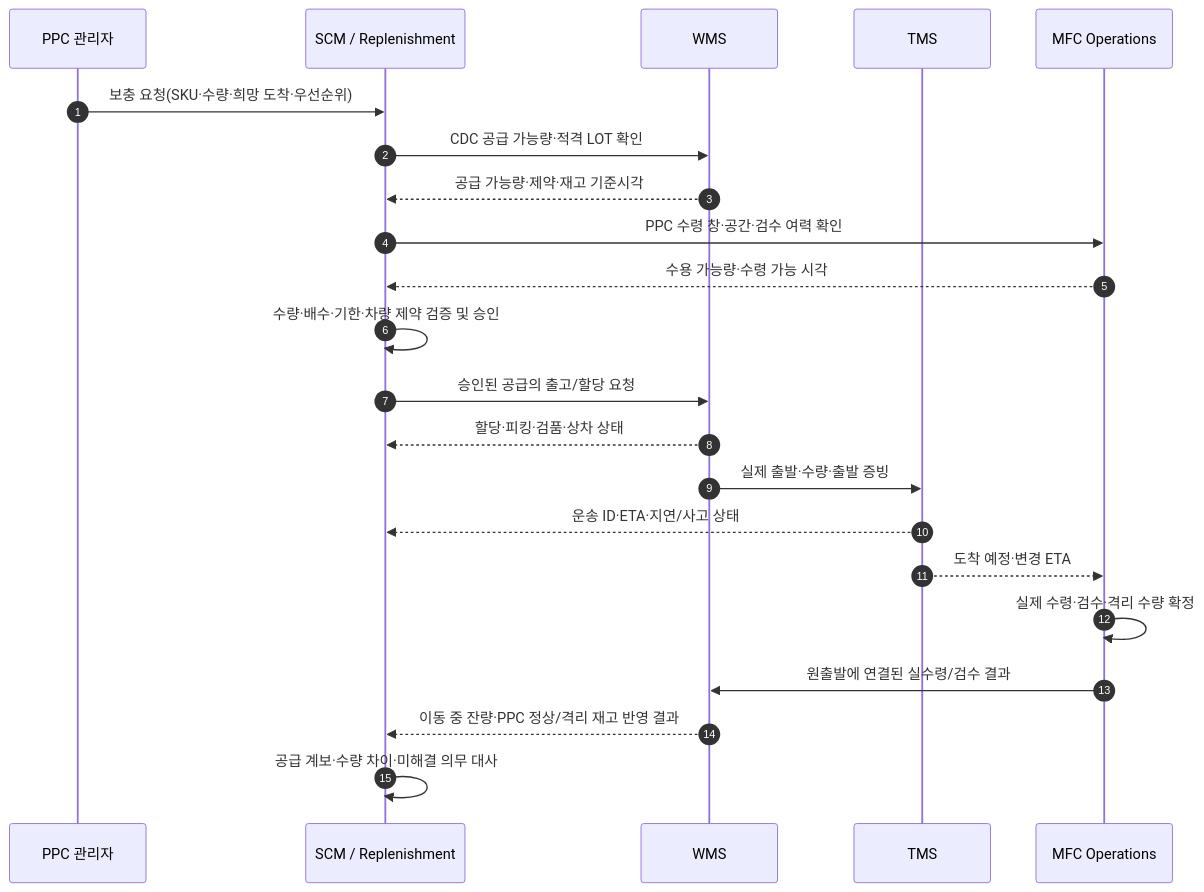
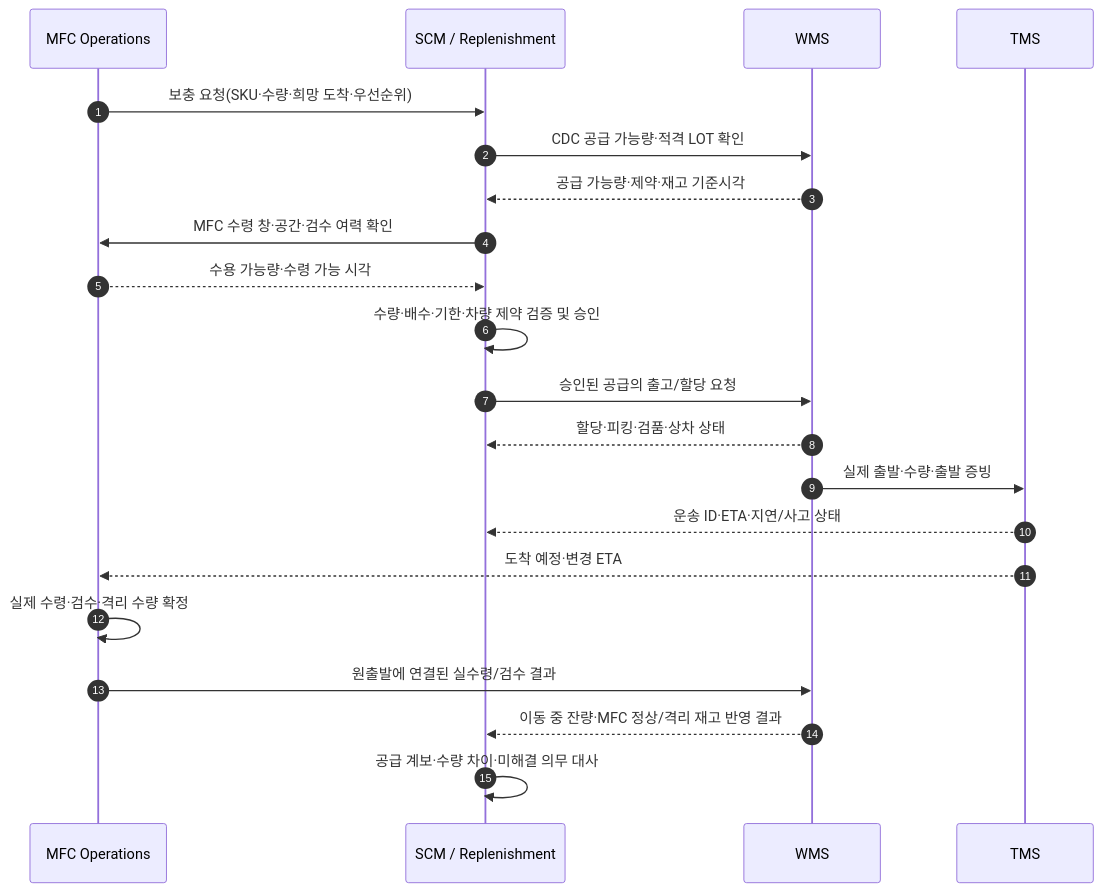
Before and after one commit to hsoh-collab/bmart-analysis: the third of 6 diagrams in 03. v1-Logistics/TMS-SCM/TMS-business-logic-diagrams.md, drawn with Mermaid. The commit also changed other lines of this file and 3 other files, not shown here.

````diff
--- a/03. v1-Logistics/TMS-SCM/TMS-business-logic-diagrams.md
+++ b/03. v1-Logistics/TMS-SCM/TMS-business-logic-diagrams.md
@@ -74,24 +74,24 @@
 ```mermaid
 sequenceDiagram
     autonumber
-    participant PPC as PPC 관리자
+    participant MFC as MFC 관리자
     participant SCM as SCM / Replenishment
     participant WMS as WMS
     participant TMS as TMS
     participant MFC as MFC Operations
-    PPC->>SCM: 보충 요청(SKU·수량·희망 도착·우선순위)
+    MFC->>SCM: 보충 요청(SKU·수량·희망 도착·우선순위)
     SCM->>WMS: CDC 공급 가능량·적격 LOT 확인
     WMS-->>SCM: 공급 가능량·제약·재고 기준시각
-    SCM->>MFC: PPC 수령 창·공간·검수 여력 확인
+    SCM->>MFC: MFC 수령 창·공간·검수 여력 확인
     MFC-->>SCM: 수용 가능량·수령 가능 시각
     SCM->>SCM: 수량·배수·기한·차량 제약 검증 및 승인
     SCM->>WMS: 승인된 공급의 출고/할당 요청
     WMS-->>SCM: 할당·피킹·검품·상차 상태
     WMS->>TMS: 실제 출발·수량·출발 증빙
     TMS-->>SCM: 운송 ID·ETA·지연/사고 상태
     TMS-->>MFC: 도착 예정·변경 ETA
     MFC->>MFC: 실제 수령·검수·격리 수량 확정
     MFC->>WMS: 원출발에 연결된 실수령/검수 결과
-    WMS-->>SCM: 이동 중 잔량·PPC 정상/격리 재고 반영 결과
+    WMS-->>SCM: 이동 중 잔량·MFC 정상/격리 재고 반영 결과
     SCM->>SCM: 공급 계보·수량 차이·미해결 의무 대사
 ```
````
